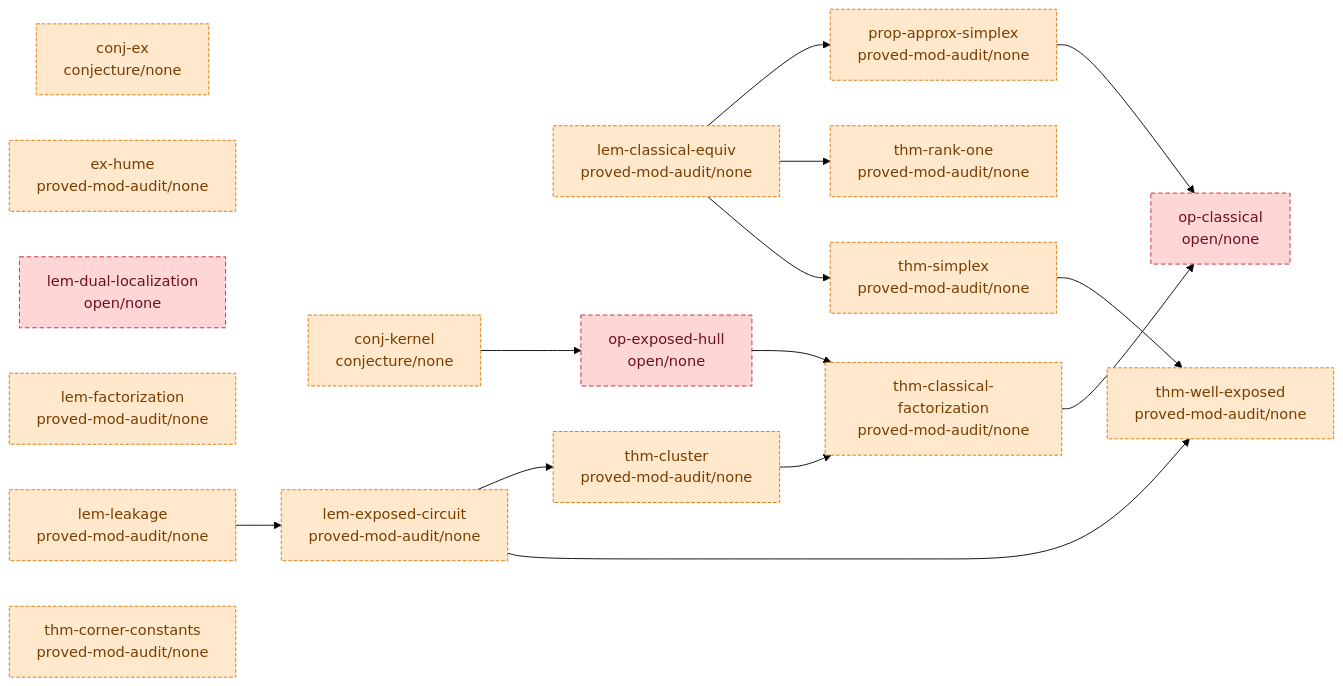
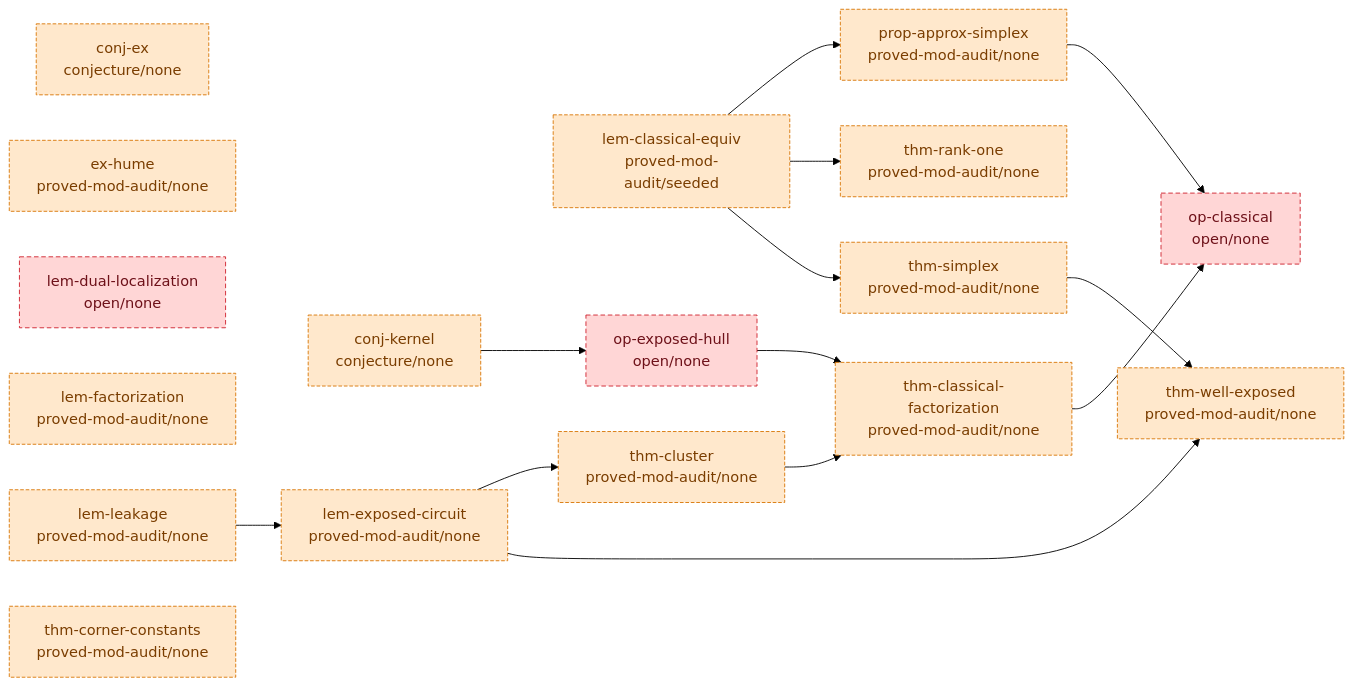
The diagram in argument/DAG.md (tobiasosborne/almost-idempotent-stochastic-maps), drawn with Mermaid (forest theme) before and after one commit. The commit also changed 5 other files, not shown here.

First line of the commit message:
Seed af workspace for lem-classical-equiv (af: none -> seeded)

````diff
--- a/argument/DAG.md
+++ b/argument/DAG.md
@@ -6,41 +6,41 @@
 ```mermaid
 graph LR
   classDef validated fill:#b7f7c2,stroke:#1a7f37,color:#0b3d18;
   classDef proved fill:#cfe3ff,stroke:#0969da,color:#0a3069;
   classDef seeded fill:#fff3c4,stroke:#bf8700,color:#5a4500;
   classDef stated fill:#eaecef,stroke:#8b949e,color:#24292f;
   classDef cited fill:#e7d6ff,stroke:#8250df,color:#3b1a73;
   classDef nonrigorous fill:#ffe8cc,stroke:#d97706,color:#7a3d00,stroke-dasharray:4 2;
   classDef open fill:#ffd6d6,stroke:#cf222e,color:#6e1119,stroke-dasharray:5 3;
   conj-ex["conj-ex<br/>conjecture/none"]
   conj-kernel["conj-kernel<br/>conjecture/none"]
   ex-hume["ex-hume<br/>proved-mod-audit/none"]
-  lem-classical-equiv["lem-classical-equiv<br/>proved-mod-audit/none"]
+  lem-classical-equiv["lem-classical-equiv<br/>proved-mod-audit/seeded"]
   lem-dual-localization["lem-dual-localization<br/>open/none"]
   lem-exposed-circuit["lem-exposed-circuit<br/>proved-mod-audit/none"]
   lem-factorization["lem-factorization<br/>proved-mod-audit/none"]
   lem-leakage["lem-leakage<br/>proved-mod-audit/none"]
   op-classical["op-classical<br/>open/none"]
   op-exposed-hull["op-exposed-hull<br/>open/none"]
   prop-approx-simplex["prop-approx-simplex<br/>proved-mod-audit/none"]
   thm-classical-factorization["thm-classical-factorization<br/>proved-mod-audit/none"]
   thm-cluster["thm-cluster<br/>proved-mod-audit/none"]
   thm-corner-constants["thm-corner-constants<br/>proved-mod-audit/none"]
   thm-rank-one["thm-rank-one<br/>proved-mod-audit/none"]
   thm-simplex["thm-simplex<br/>proved-mod-audit/none"]
   thm-well-exposed["thm-well-exposed<br/>proved-mod-audit/none"]
   conj-kernel --> op-exposed-hull
   lem-classical-equiv --> prop-approx-simplex
   lem-classical-equiv --> thm-rank-one
   lem-classical-equiv --> thm-simplex
   lem-exposed-circuit --> thm-cluster
   lem-exposed-circuit --> thm-well-exposed
   lem-leakage --> lem-exposed-circuit
   op-exposed-hull --> thm-classical-factorization
   prop-approx-simplex --> op-classical
   thm-classical-factorization --> op-classical
   thm-cluster --> thm-classical-factorization
   thm-simplex --> thm-well-exposed
   class conj-ex,conj-kernel,ex-hume,lem-classical-equiv,lem-exposed-circuit,lem-factorization,lem-leakage,prop-approx-simplex,thm-classical-factorization,thm-cluster,thm-corner-constants,thm-rank-one,thm-simplex,thm-well-exposed nonrigorous;
   class lem-dual-localization,op-classical,op-exposed-hull open;
 ```
````
